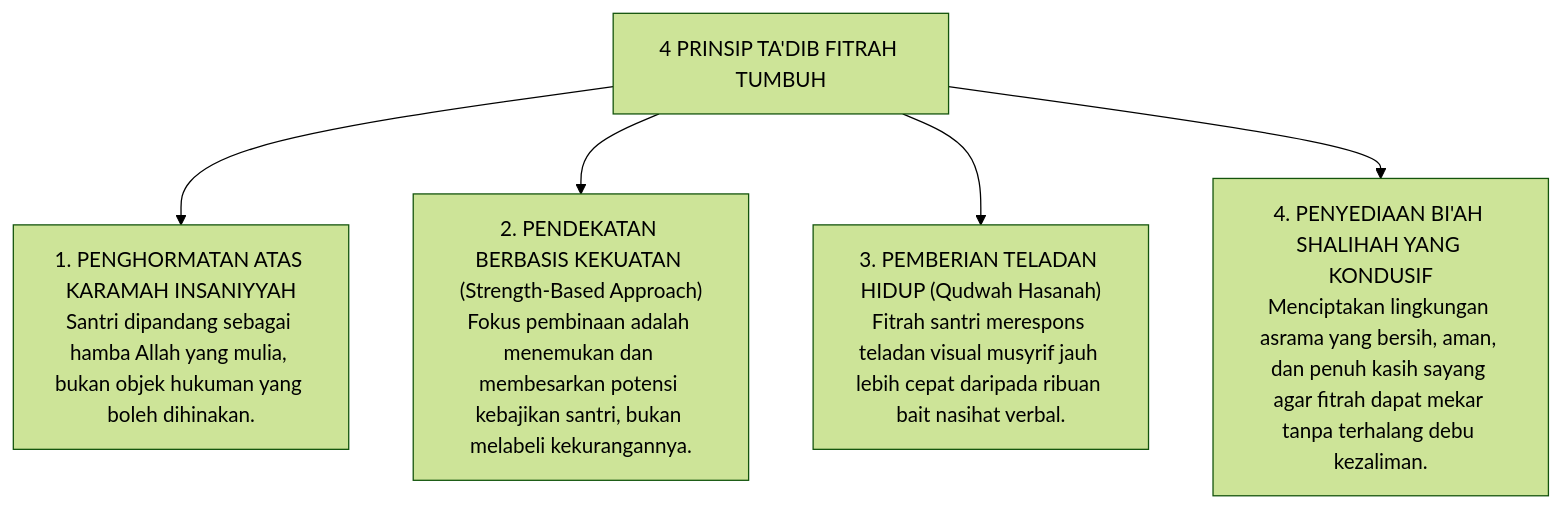
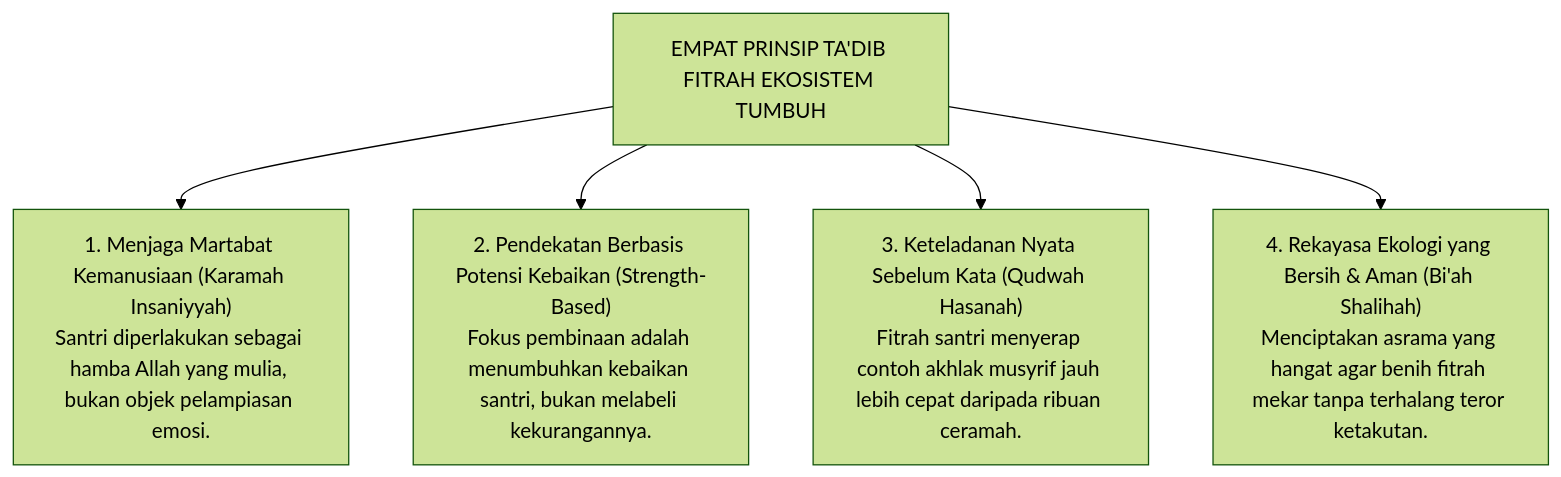
The third of 3 diagrams in BOOK-SERIES/Volume-01/Bab-02-Ontologi-Fitrah-dan-Hakikat-Insan-Pembelajar/01-Konsep-Fitrah-al-Munazzalah.md (wandiapriliyandi/tumbuh), drawn with Mermaid (forest theme) before and after one commit. The commit also changed other lines of this file and 5 other files, not shown here.

Commit message:
docs(bab-02): selesaikan penulisan utuh seluruh Bab 02 Ontologi Fitrah & Hakikat Insan Pembelajar dengan gaya renyah, hidup, dan berorientasi arsitektur TUMBUH

````diff
--- a/BOOK-SERIES/Volume-01/Bab-02-Ontologi-Fitrah-dan-Hakikat-Insan-Pembelajar/01-Konsep-Fitrah-al-Munazzalah.md
+++ b/BOOK-SERIES/Volume-01/Bab-02-Ontologi-Fitrah-dan-Hakikat-Insan-Pembelajar/01-Konsep-Fitrah-al-Munazzalah.md
@@ -98,12 +125,12 @@
 ```mermaid
 graph TD
-    PrinsipFitrah["4 PRINSIP TA'DIB FITRAH TUMBUH"]
+    PrinsipFitrah["EMPAT PRINSIP TA'DIB FITRAH EKOSISTEM TUMBUH"]
     
-    PrinsipFitrah --> F1["1. PENGHORMATAN ATAS KARAMAH INSANIYYAH<br/>Santri dipandang sebagai hamba Allah yang mulia, bukan objek hukuman yang boleh dihinakan."]
+    PrinsipFitrah --> F1["1. Menjaga Martabat Kemanusiaan (Karamah Insaniyyah)<br/>Santri diperlakukan sebagai hamba Allah yang mulia, bukan objek pelampiasan emosi."]
     
-    PrinsipFitrah --> F2["2. PENDEKATAN BERBASIS KEKUATAN (Strength-Based Approach)<br/>Fokus pembinaan adalah menemukan dan membesarkan potensi kebajikan santri, bukan melabeli kekurangannya."]
+    PrinsipFitrah --> F2["2. Pendekatan Berbasis Potensi Kebaikan (Strength-Based)<br/>Fokus pembinaan adalah menumbuhkan kebaikan santri, bukan melabeli kekurangannya."]
     
-    PrinsipFitrah --> F3["3. PEMBERIAN TELADAN HIDUP (Qudwah Hasanah)<br/>Fitrah santri merespons teladan visual musyrif jauh lebih cepat daripada ribuan bait nasihat verbal."]
+    PrinsipFitrah --> F3["3. Keteladanan Nyata Sebelum Kata (Qudwah Hasanah)<br/>Fitrah santri menyerap contoh akhlak musyrif jauh lebih cepat daripada ribuan ceramah."]
     
-    PrinsipFitrah --> F4["4. PENYEDIAAN BI'AH SHALIHAH YANG KONDUSIF<br/>Menciptakan lingkungan asrama yang bersih, aman, dan penuh kasih sayang agar fitrah dapat mekar tanpa terhalang debu kezaliman."]
+    PrinsipFitrah --> F4["4. Rekayasa Ekologi yang Bersih & Aman (Bi'ah Shalihah)<br/>Menciptakan asrama yang hangat agar benih fitrah mekar tanpa terhalang teror ketakutan."]
 ```
````
